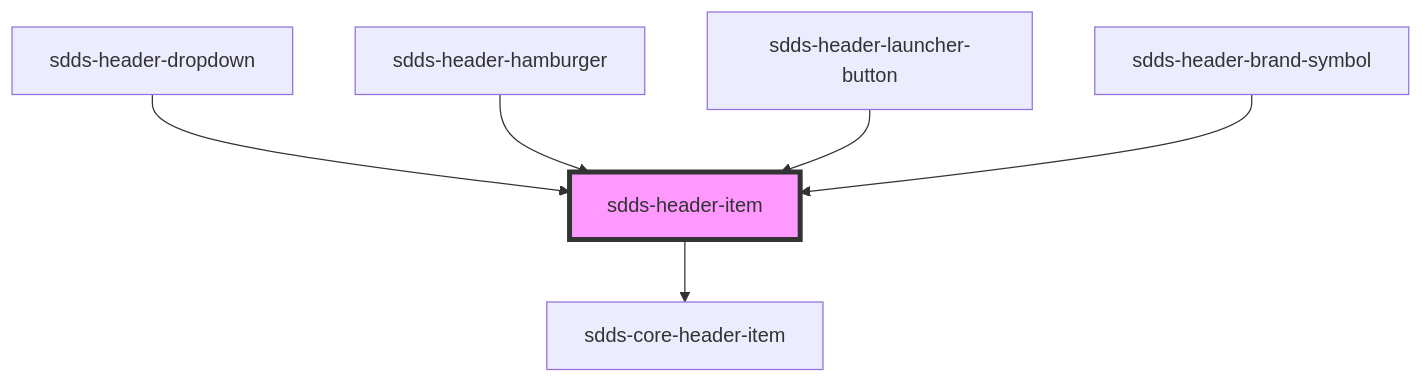
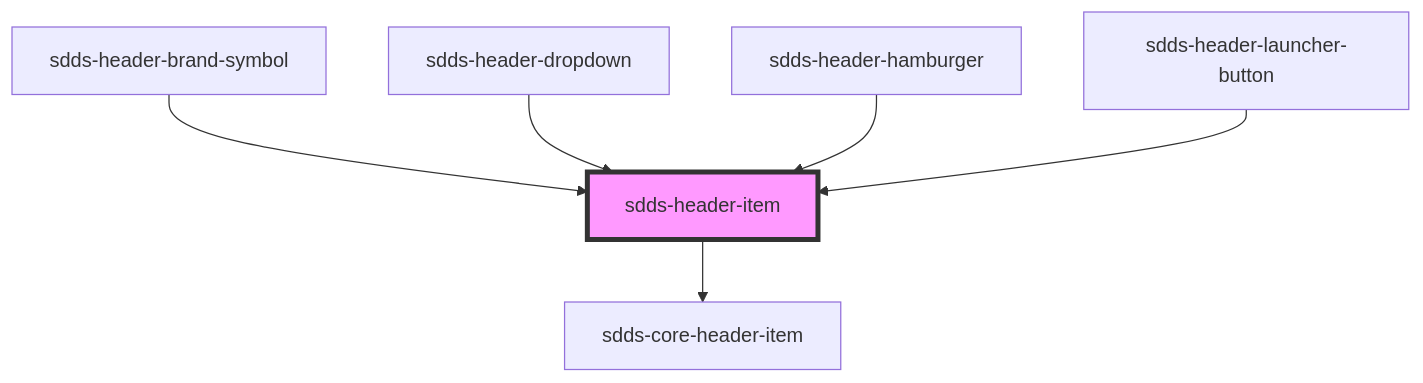
One commit to scania-digital-design-system/sdds changed the diagram in tegel/src/components/header/webcomponent/header-item/readme.md. Above: the diagram before and after it, drawn with Mermaid. The commit also changed other lines of this file and 5 other files, not shown here.

````diff
--- a/tegel/src/components/header/webcomponent/header-item/readme.md
+++ b/tegel/src/components/header/webcomponent/header-item/readme.md
@@ -60,9 +60,9 @@
 ```mermaid
 graph TD;
   sdds-header-item --> sdds-core-header-item
+  sdds-header-brand-symbol --> sdds-header-item
   sdds-header-dropdown --> sdds-header-item
   sdds-header-hamburger --> sdds-header-item
   sdds-header-launcher-button --> sdds-header-item
-  sdds-header-brand-symbol --> sdds-header-item
   style sdds-header-item fill:#f9f,stroke:#333,stroke-width:4px
 ```
````
